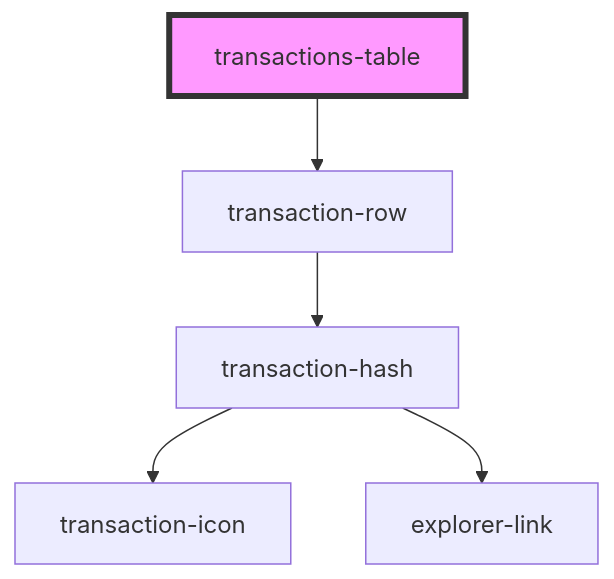
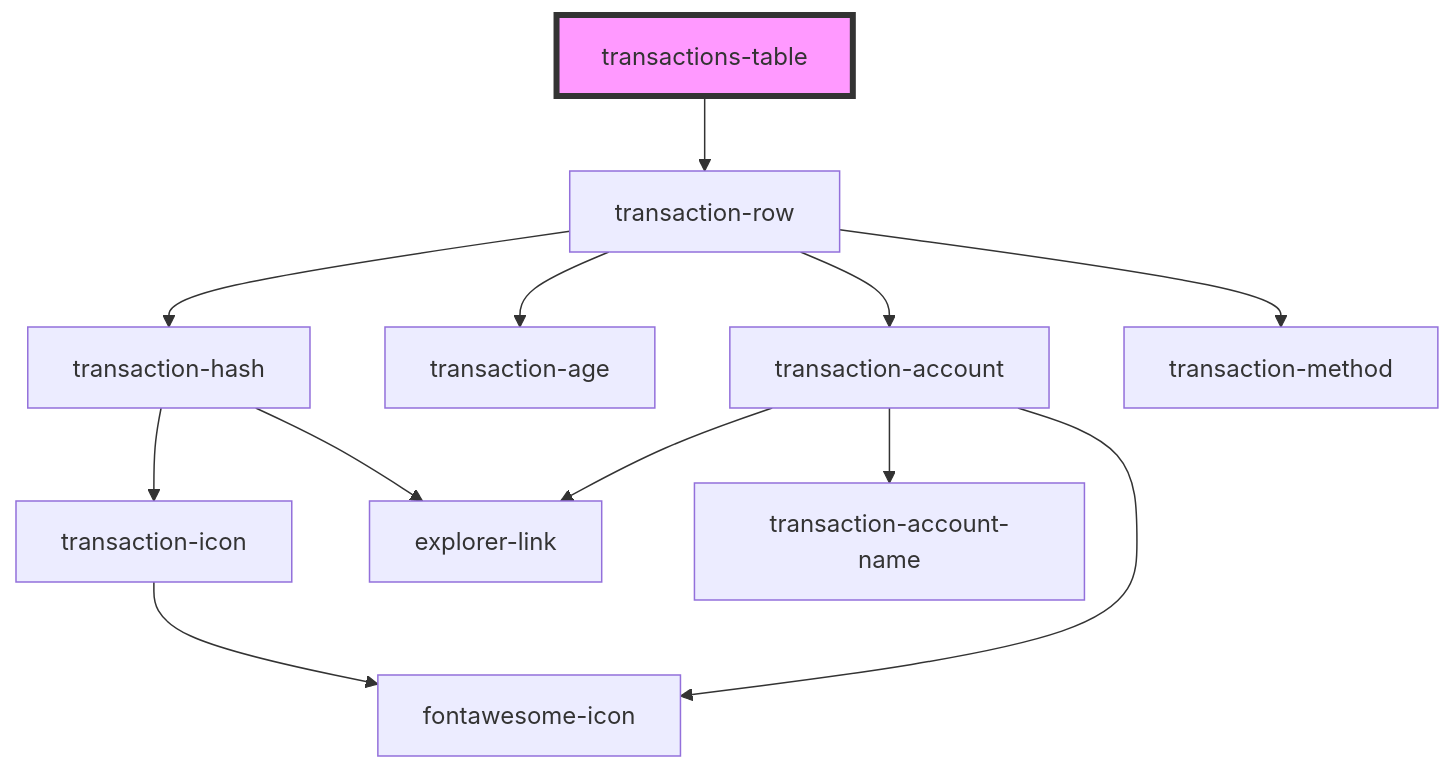
The diagram in src/components/transactions-table/readme.md (multiversx/mx-sdk-dapp-ui), drawn with Mermaid before and after one commit. The commit also changed other lines of this file and 27 other files, not shown here.

Commit message:
Added transaction account

````diff
--- a/src/components/transactions-table/readme.md
+++ b/src/components/transactions-table/readme.md
@@ -22,8 +23,15 @@
 ```mermaid
 graph TD;
   transactions-table --> transaction-row
   transaction-row --> transaction-hash
+  transaction-row --> transaction-age
+  transaction-row --> transaction-account
+  transaction-row --> transaction-method
   transaction-hash --> transaction-icon
   transaction-hash --> explorer-link
+  transaction-icon --> fontawesome-icon
+  transaction-account --> fontawesome-icon
+  transaction-account --> explorer-link
+  transaction-account --> transaction-account-name
   style transactions-table fill:#f9f,stroke:#333,stroke-width:4px
 ```
````
